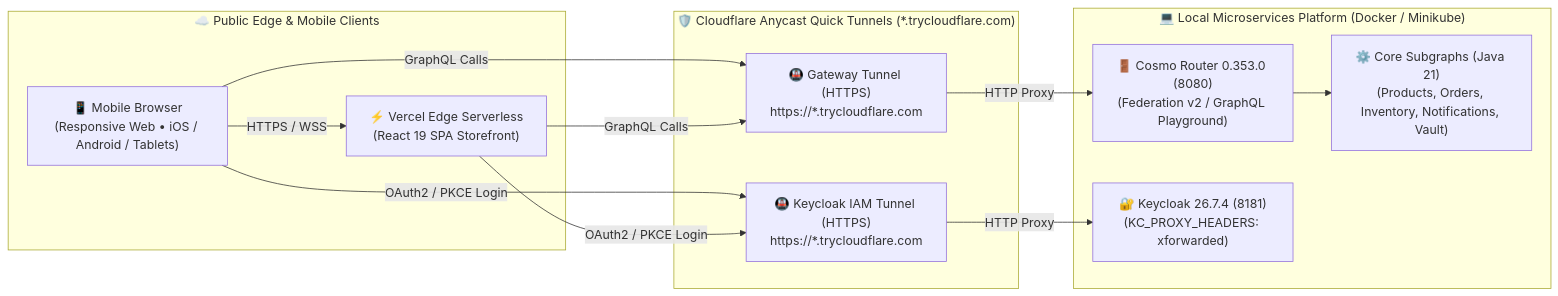
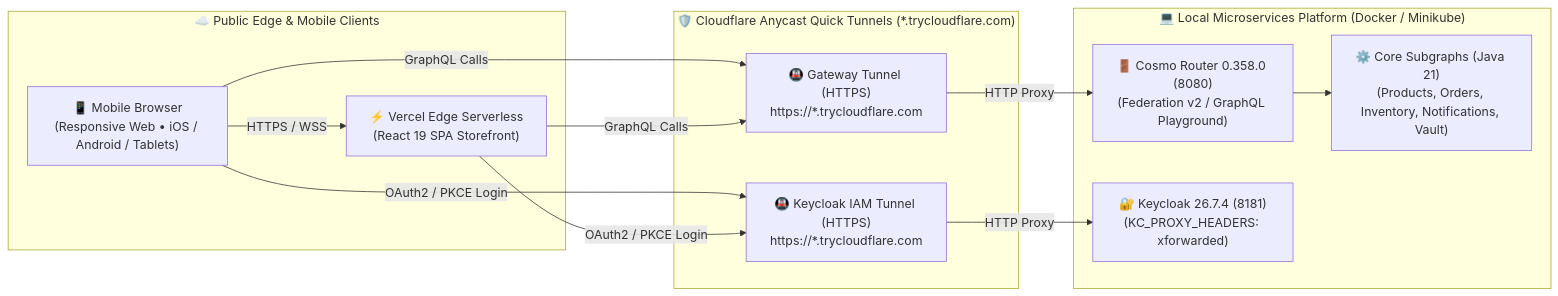
Before and after one commit to GeorgeGxx/microservices-architecture: the sixth of 7 diagrams in docs/01-architecture/ARCHITECTURE.md, drawn with Mermaid. The commit also changed other lines of this file and 14 other files, not shown here.

Commit message:
chore(deps): upgrade Cosmo Router to v0.358.0 across Helm, Compose, K8s and architecture docs

````diff
--- a/docs/01-architecture/ARCHITECTURE.md
+++ b/docs/01-architecture/ARCHITECTURE.md
@@ -621,25 +621,25 @@
 ```mermaid
 graph LR
     subgraph PublicInternet ["☁️ Public Edge & Mobile Clients"]
         Mobile["📱 Mobile Browser<br/>(Responsive Web • iOS / Android / Tablets)"]
         Vercel["⚡ Vercel Edge Serverless<br/>(React 19 SPA Storefront)"]
     end
 
     subgraph CloudflareEdge ["🛡️ Cloudflare Anycast Quick Tunnels (*.trycloudflare.com)"]
         CFTunnel1["🚇 Gateway Tunnel (HTTPS)<br/>https://*.trycloudflare.com"]
         CFTunnel2["🚇 Keycloak IAM Tunnel (HTTPS)<br/>https://*.trycloudflare.com"]
     end
 
     subgraph LocalInfrastructure ["💻 Local Microservices Platform (Docker / Minikube)"]
-        APIGW["🚪 Cosmo Router 0.353.0 (8080)<br/>(Federation v2 / GraphQL Playground)"]
+        APIGW["🚪 Cosmo Router 0.358.0 (8080)<br/>(Federation v2 / GraphQL Playground)"]
         Keycloak["🔐 Keycloak 26.7.4 (8181)<br/>(KC_PROXY_HEADERS: xforwarded)"]
         Microservices["⚙️ Core Subgraphs (Java 21)<br/>(Products, Orders, Inventory, Notifications, Vault)"]
     end
 
     Mobile -->|HTTPS / WSS| Vercel
     Mobile & Vercel -->|GraphQL Calls| CFTunnel1
     Mobile & Vercel -->|OAuth2 / PKCE Login| CFTunnel2
     CFTunnel1 -->|HTTP Proxy| APIGW
     CFTunnel2 -->|HTTP Proxy| Keycloak
     APIGW --> Microservices
 ```
````
